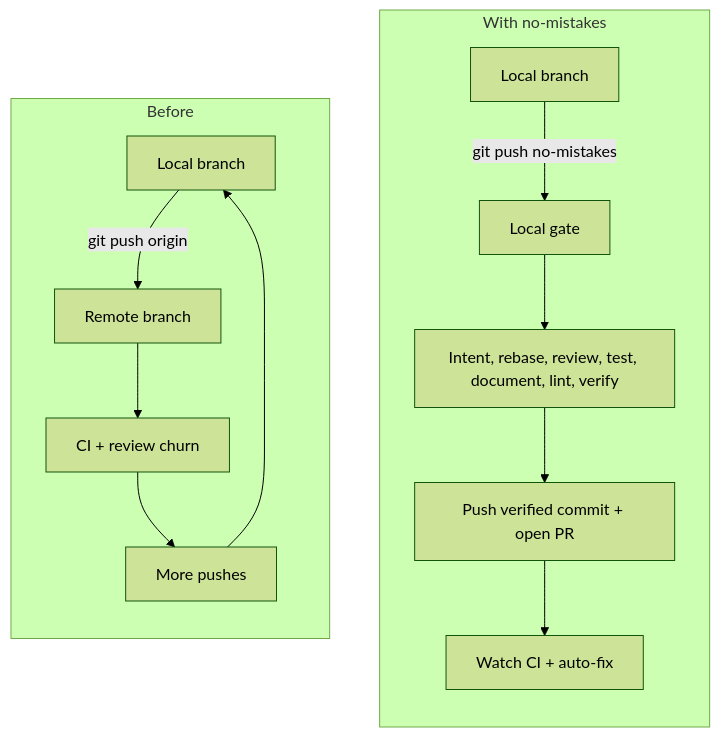
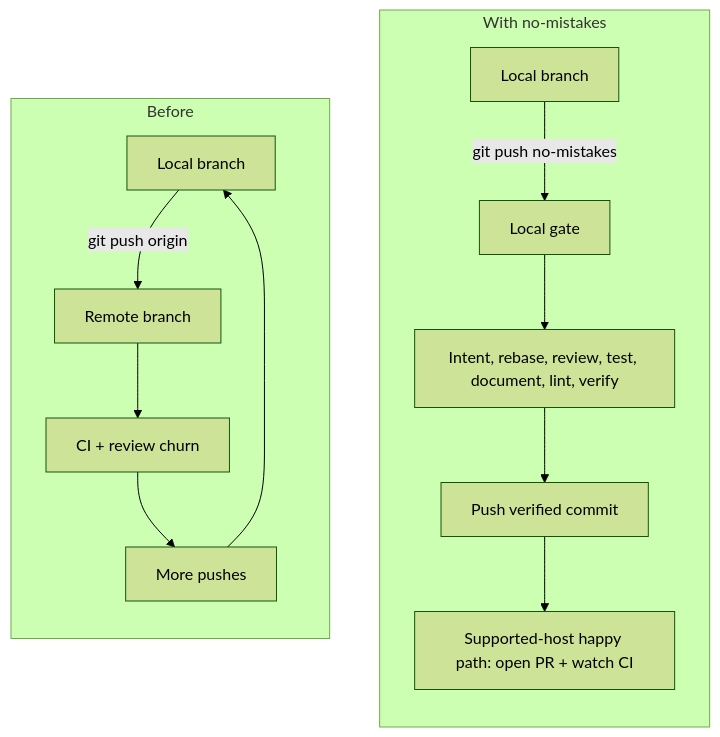
The diagram in docs/src/content/docs/index.mdx (kunchenguid/no-mistakes), drawn with Mermaid (forest theme) before and after one commit. The commit also changed other lines of this file and 65 other files, not shown here.

````diff
--- a/docs/src/content/docs/index.mdx
+++ b/docs/src/content/docs/index.mdx
@@ -29,20 +29,20 @@
 ```mermaid
 flowchart LR
   subgraph before[" Before "]
     direction TB
     A["Local branch"] -->|"git push origin"| B["Remote branch"]
     B --> C["CI + review churn"]
     C --> D["More pushes"]
     D --> A
   end
 
   subgraph after[" With no-mistakes "]
     direction TB
     E["Local branch"] -->|"git push no-mistakes"| F["Local gate"]
     F --> G["Intent, rebase, review, test, document, lint, verify"]
-    G --> H["Push verified commit + open PR"]
-    H --> I["Watch CI + auto-fix"]
+    G --> H["Push verified commit"]
+    H --> I["Supported-host happy path: open PR + watch CI"]
   end
 
   before ~~~ after
 ```
````
